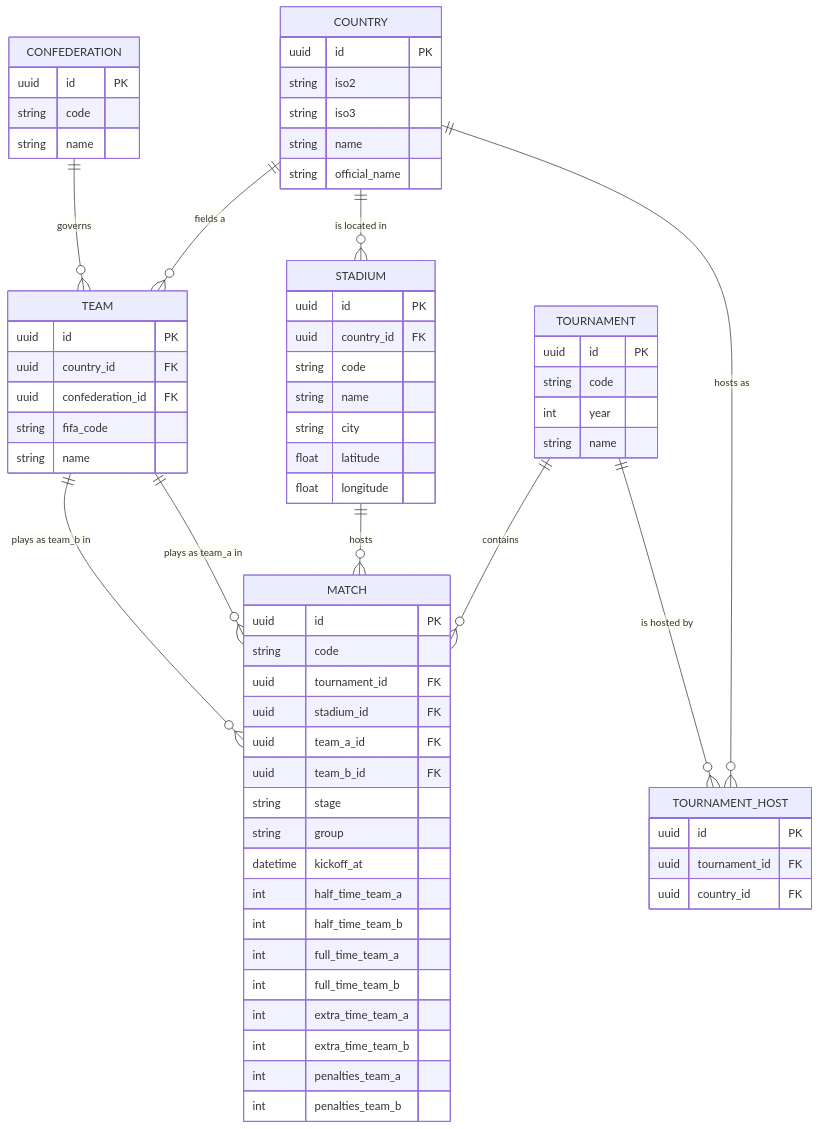
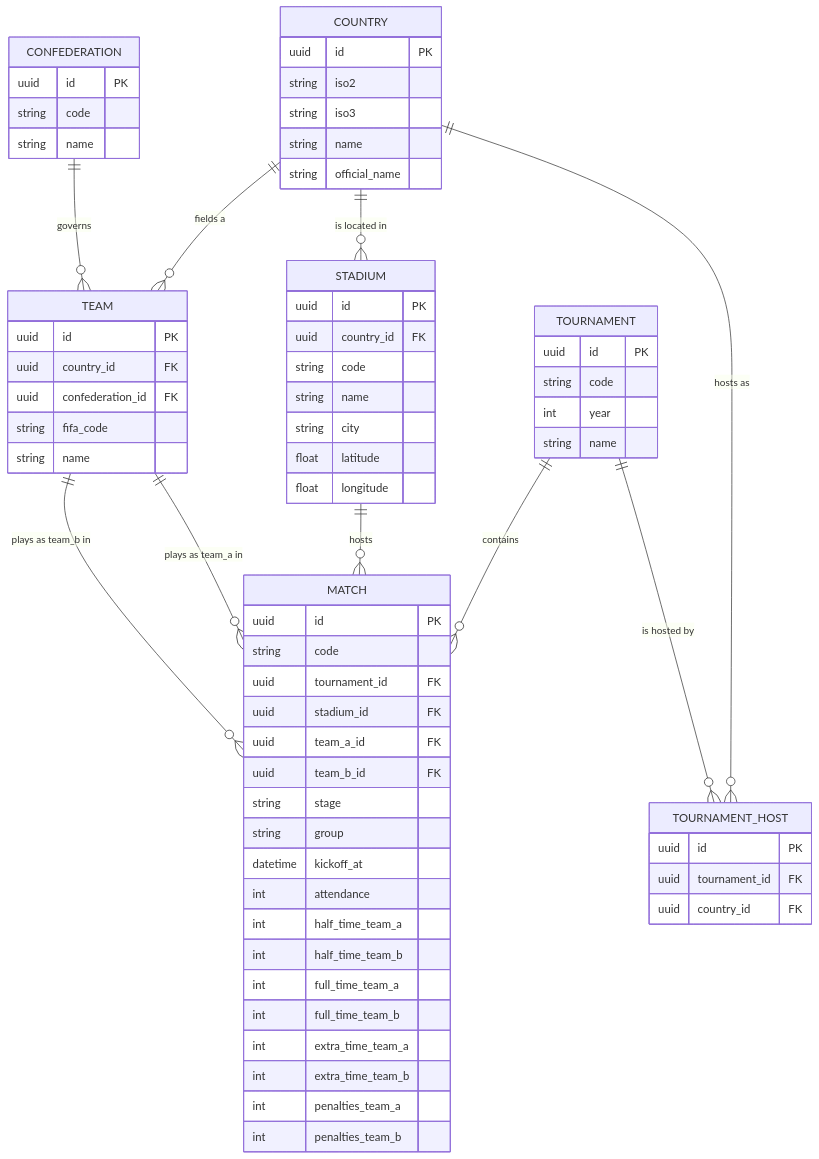
The first of 3 diagrams in docs/DATA_MODEL.md (pawelMSoftware/world-cup-data), drawn with Mermaid before and after one commit. The commit also changed other lines of this file and 13 other files, not shown here.

````diff
--- a/docs/DATA_MODEL.md
+++ b/docs/DATA_MODEL.md
@@ -14,71 +14,72 @@
 ```mermaid
 erDiagram
     COUNTRY ||--o{ TEAM : "fields a"
     COUNTRY ||--o{ STADIUM : "is located in"
     COUNTRY ||--o{ TOURNAMENT_HOST : "hosts as"
     CONFEDERATION ||--o{ TEAM : "governs"
     TOURNAMENT ||--o{ TOURNAMENT_HOST : "is hosted by"
     TOURNAMENT ||--o{ MATCH : "contains"
     STADIUM ||--o{ MATCH : "hosts"
     TEAM ||--o{ MATCH : "plays as team_a in"
     TEAM ||--o{ MATCH : "plays as team_b in"
 
     COUNTRY {
         uuid id PK
         string iso2
         string iso3
         string name
         string official_name
     }
     CONFEDERATION {
         uuid id PK
         string code
         string name
     }
     TEAM {
         uuid id PK
         uuid country_id FK
         uuid confederation_id FK
         string fifa_code
         string name
     }
     STADIUM {
         uuid id PK
         uuid country_id FK
         string code
         string name
         string city
         float latitude
         float longitude
     }
     TOURNAMENT {
         uuid id PK
         string code
         int year
         string name
     }
     TOURNAMENT_HOST {
         uuid id PK
         uuid tournament_id FK
         uuid country_id FK
     }
     MATCH {
         uuid id PK
         string code
         uuid tournament_id FK
         uuid stadium_id FK
         uuid team_a_id FK
         uuid team_b_id FK
         string stage
         string group
         datetime kickoff_at
+        int attendance
         int half_time_team_a
         int half_time_team_b
         int full_time_team_a
         int full_time_team_b
         int extra_time_team_a
         int extra_time_team_b
         int penalties_team_a
         int penalties_team_b
     }
 ```
````
